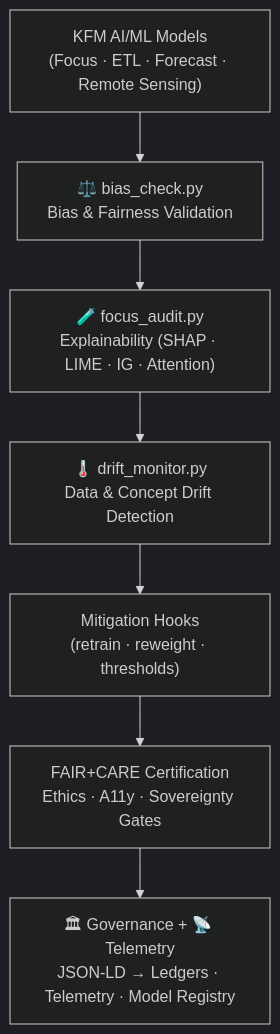
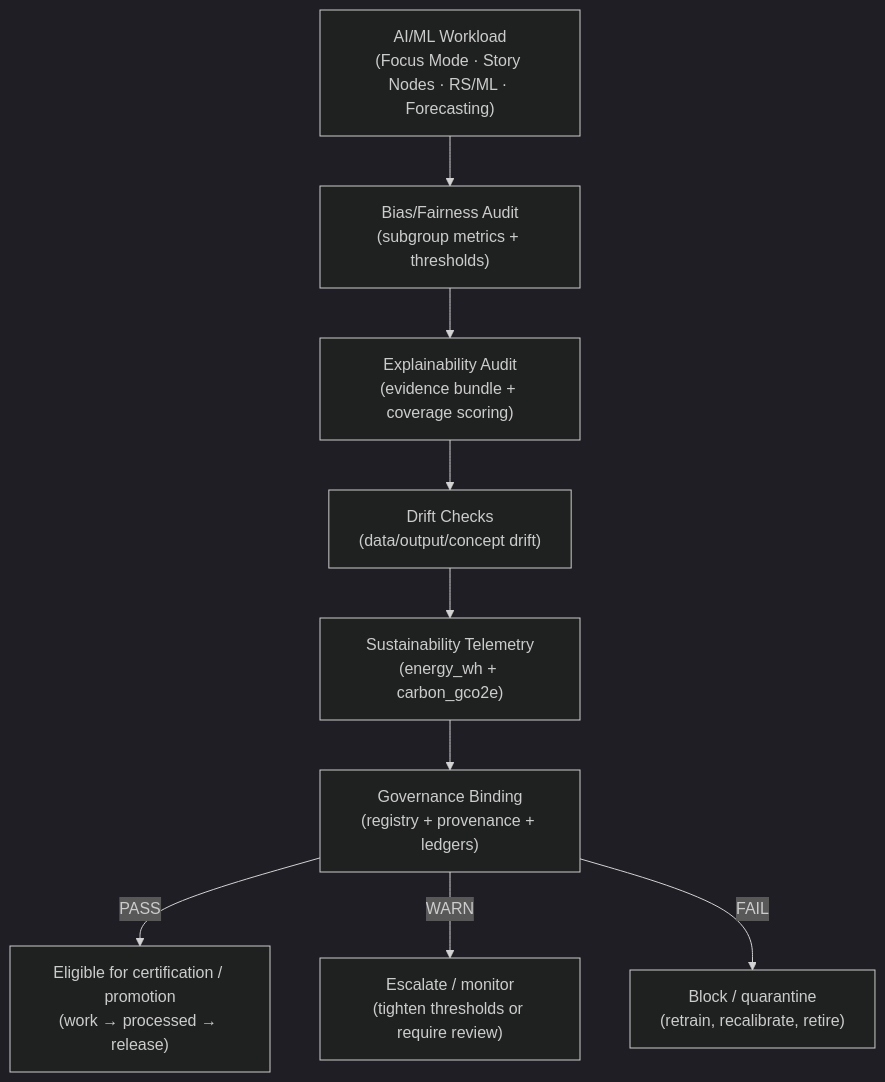
Before and after one commit to bartytime4life/Kansas-Frontier-Matrix: the diagram in tools/ai/README.md, drawn with Mermaid (dark theme). The commit also changed other lines of this file, not shown here.

````diff
--- a/tools/ai/README.md
+++ b/tools/ai/README.md
@@ -160,10 +268,11 @@
-```mermaid
+~~~mermaid
 flowchart TD
-    A["KFM AI/ML Models\n(Focus · ETL · Forecast · Remote Sensing)"]
-      --> B["⚖️ bias_check.py\nBias & Fairness Validation"]
-    B --> C["🧪 focus_audit.py\nExplainability (SHAP · LIME · IG · Attention)"]
-    C --> D["🌡️ drift_monitor.py\nData & Concept Drift Detection"]
-    D --> E["Mitigation Hooks\n(retrain · reweight · thresholds)"]
-    E --> F["FAIR+CARE Certification\nEthics · A11y · Sovereignty Gates"]
-    F --> G["🏛 Governance + 📡 Telemetry\nJSON-LD → Ledgers · Telemetry · Model Registry"]
-```
+  A["AI/ML Workload<br/>(Focus Mode · Story Nodes · RS/ML · Forecasting)"] --> B["Bias/Fairness Audit<br/>(subgroup metrics + thresholds)"]
+  B --> C["Explainability Audit<br/>(evidence bundle + coverage scoring)"]
+  C --> D["Drift Checks<br/>(data/output/concept drift)"]
+  D --> E["Sustainability Telemetry<br/>(energy_wh + carbon_gco2e)"]
+  E --> F["Governance Binding<br/>(registry + provenance + ledgers)"]
+  F -->|PASS| G["Eligible for certification / promotion<br/>(work → processed → release)"]
+  F -->|WARN| H["Escalate / monitor<br/>(tighten thresholds or require review)"]
+  F -->|FAIL| I["Block / quarantine<br/>(retrain, recalibrate, retire)"]
+~~~
````
